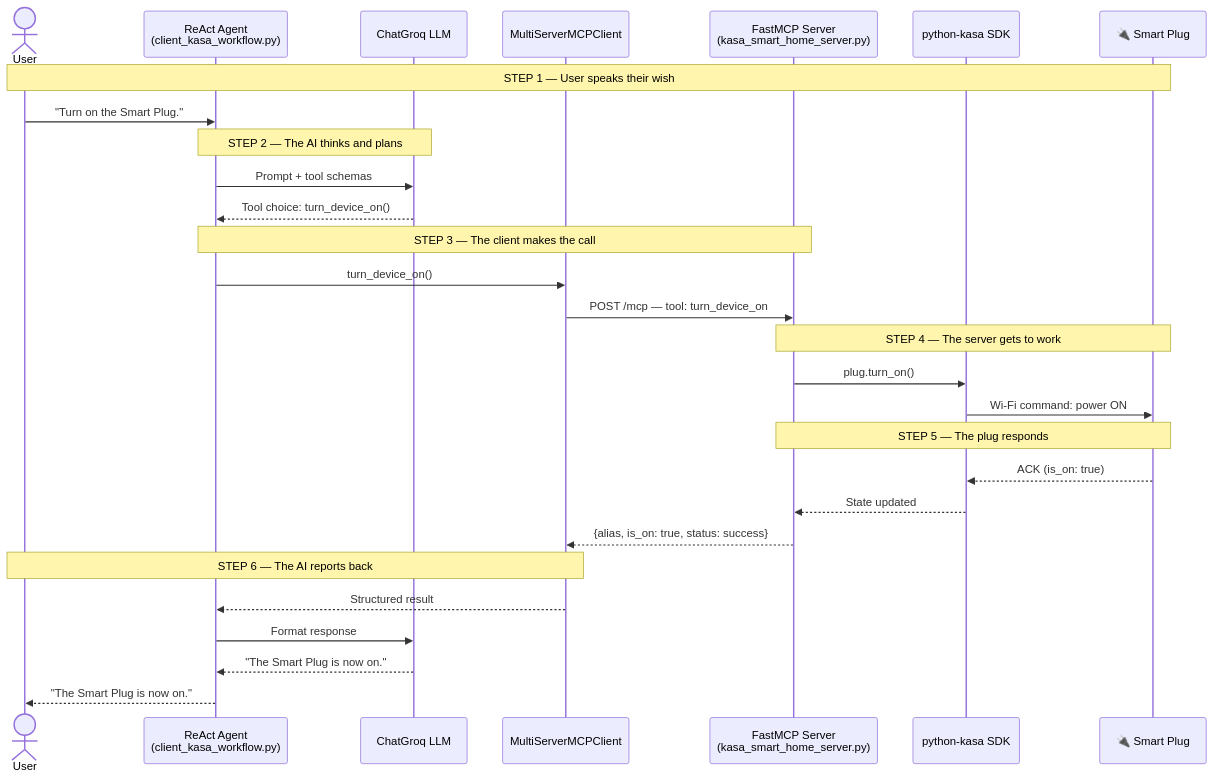
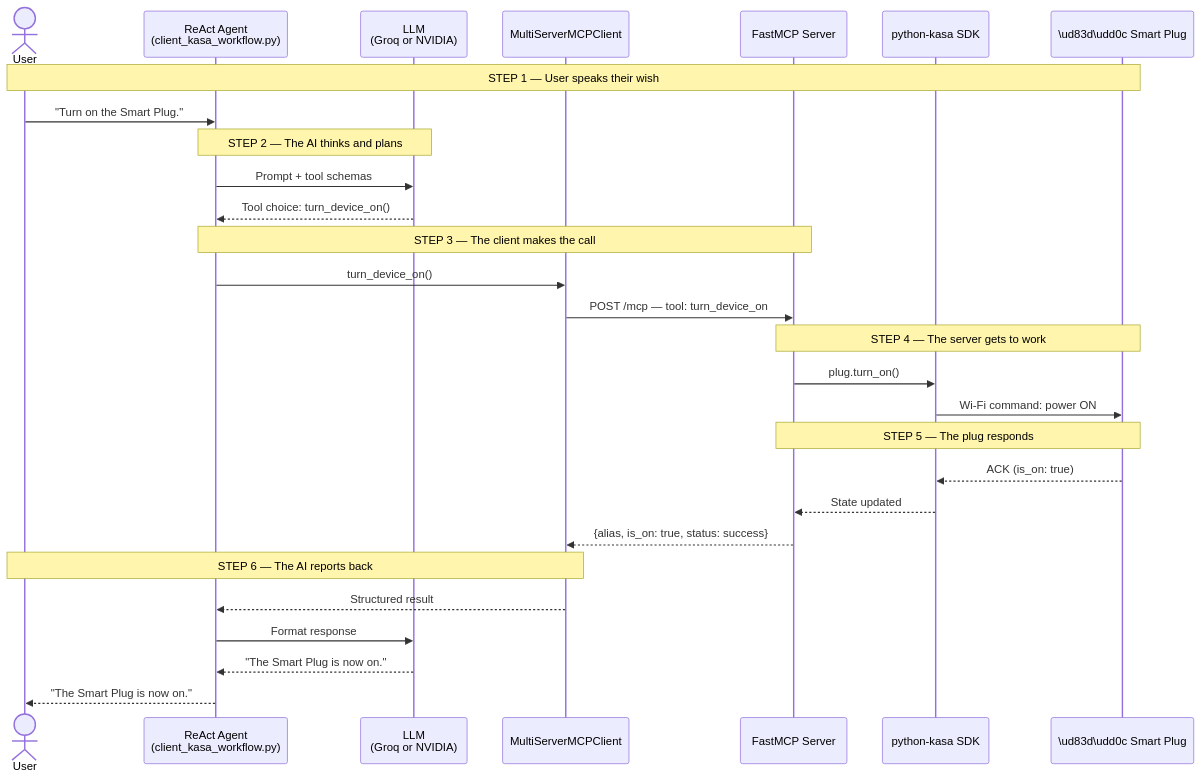
Before and after one commit to mohitagr18/ch08-model-context-protocol: the seventh of 8 diagrams in workflow/workflow.md, drawn with Mermaid. The commit also changed other lines of this file and 1 other file, not shown here.

Commit message:
Cleanup: update workflow diagram for dual-LLM; update root README structure tree

````diff
--- a/workflow/workflow.md
+++ b/workflow/workflow.md
@@ -251,36 +255,36 @@
 ```mermaid
 sequenceDiagram
     actor User
     participant Agent as ReAct Agent<br/>(client_kasa_workflow.py)
-    participant LLM as ChatGroq LLM
+    participant LLM as LLM<br/>(Groq or NVIDIA)
     participant MCPClient as MultiServerMCPClient
-    participant MCPServer as FastMCP Server<br/>(kasa_smart_home_server.py)
+    participant MCPServer as FastMCP Server
     participant Kasa as python-kasa SDK
-    participant Plug as 🔌 Smart Plug
+    participant Plug as \ud83d\udd0c Smart Plug
 
     Note over User,Plug: STEP 1 — User speaks their wish
     User->>Agent: "Turn on the Smart Plug."
 
     Note over Agent,LLM: STEP 2 — The AI thinks and plans
     Agent->>LLM: Prompt + tool schemas
     LLM-->>Agent: Tool choice: turn_device_on()
 
     Note over Agent,MCPServer: STEP 3 — The client makes the call
     Agent->>MCPClient: turn_device_on()
     MCPClient->>MCPServer: POST /mcp — tool: turn_device_on
 
     Note over MCPServer,Plug: STEP 4 — The server gets to work
     MCPServer->>Kasa: plug.turn_on()
     Kasa->>Plug: Wi-Fi command: power ON
 
     Note over Plug,MCPServer: STEP 5 — The plug responds
     Plug-->>Kasa: ACK (is_on: true)
     Kasa-->>MCPServer: State updated
     MCPServer-->>MCPClient: {alias, is_on: true, status: success}
 
     Note over MCPClient,User: STEP 6 — The AI reports back
     MCPClient-->>Agent: Structured result
     Agent->>LLM: Format response
     LLM-->>Agent: "The Smart Plug is now on."
     Agent-->>User: "The Smart Plug is now on."
 ```
````
